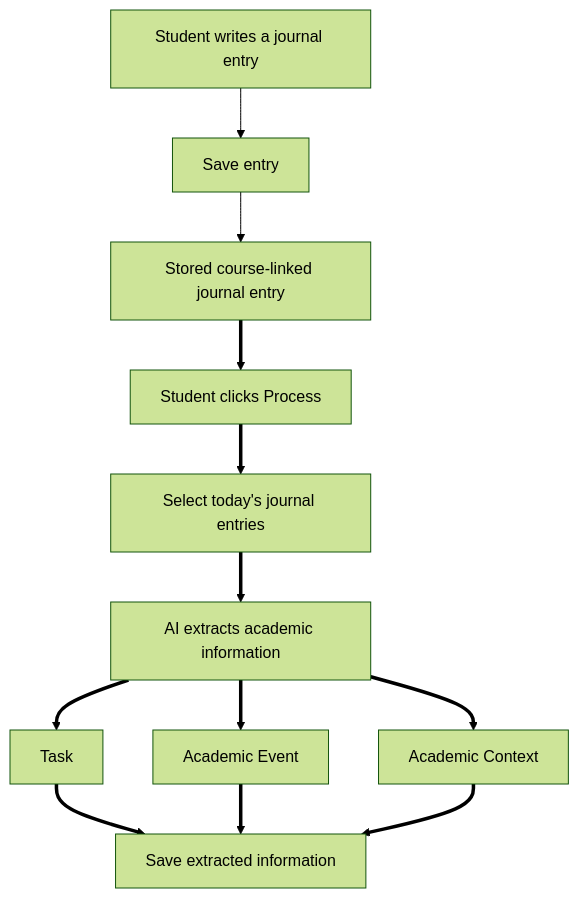
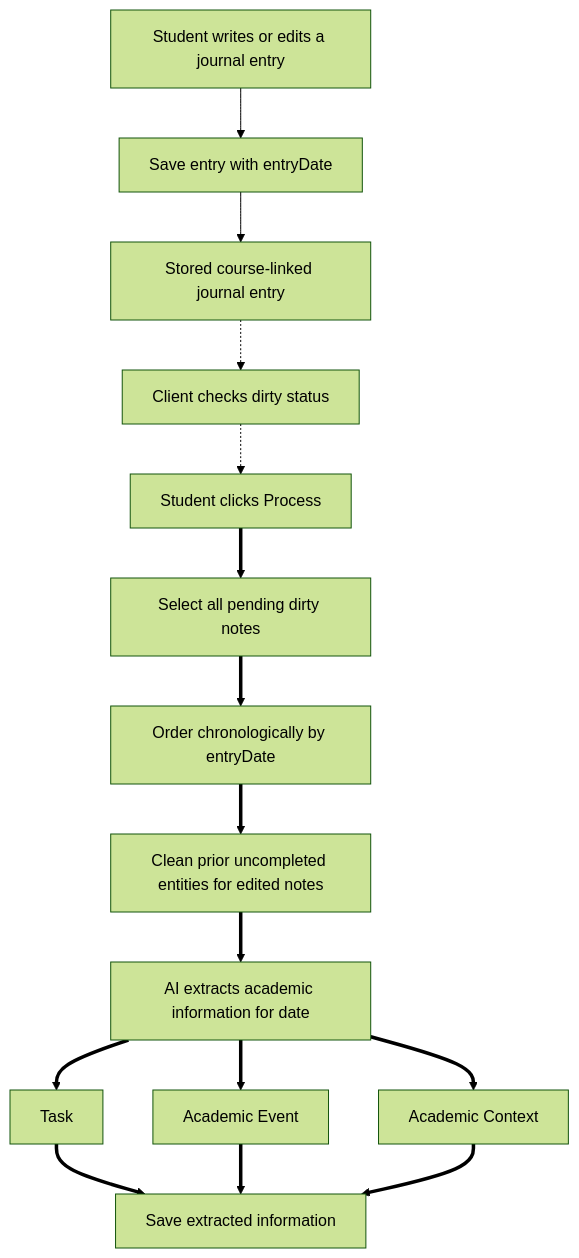
Before and after one commit to Peezzied/nyare: the third of 9 diagrams in docs/system-workflows.md, drawn with Mermaid (forest theme). The commit also changed other lines of this file and 5 other files, not shown here.

````diff
--- a/docs/system-workflows.md
+++ b/docs/system-workflows.md
@@ -90,25 +90,31 @@
 ```mermaid
 flowchart TD
-    Student[Student writes a journal entry]
-    Save[Save entry]
+    Student[Student writes or edits a journal entry]
+    Save[Save entry with entryDate]
     Stored[Stored course-linked journal entry]
+    Status[Client checks dirty status]
     Process[Student clicks Process]
-    Scope[Select today's journal entries]
-    AI[AI extracts academic information]
+    Scope[Select all pending dirty notes]
+    Order[Order chronologically by entryDate]
+    Clean[Clean prior uncompleted entities for edited notes]
+    AI[AI extracts academic information for date]
     Task[Task]
     Event[Academic Event]
     Context[Academic Context]
     Store[Save extracted information]
 
     Student --> Save
     Save --> Stored
-    Stored ==> Process
+    Stored -.-> Status
+    Status -.-> Process
     Process ==> Scope
-    Scope ==> AI
+    Scope ==> Order
+    Order ==> Clean
+    Clean ==> AI
     AI ==> Task
     AI ==> Event
     AI ==> Context
     Task ==> Store
     Event ==> Store
     Context ==> Store
 ```
````
